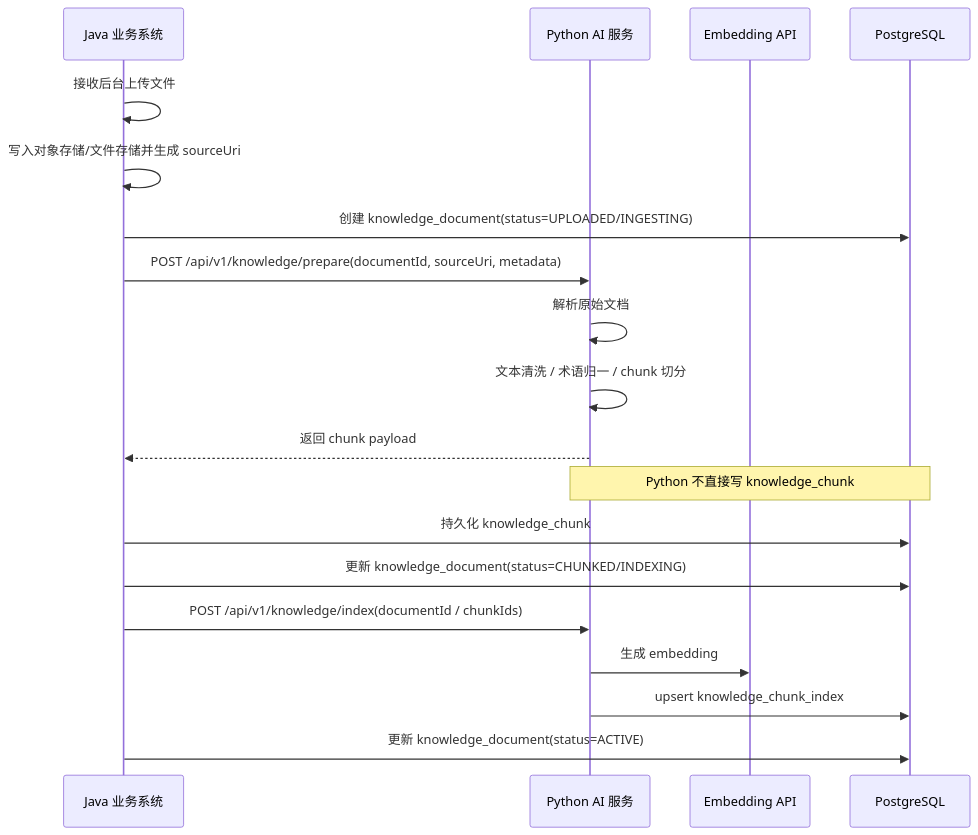
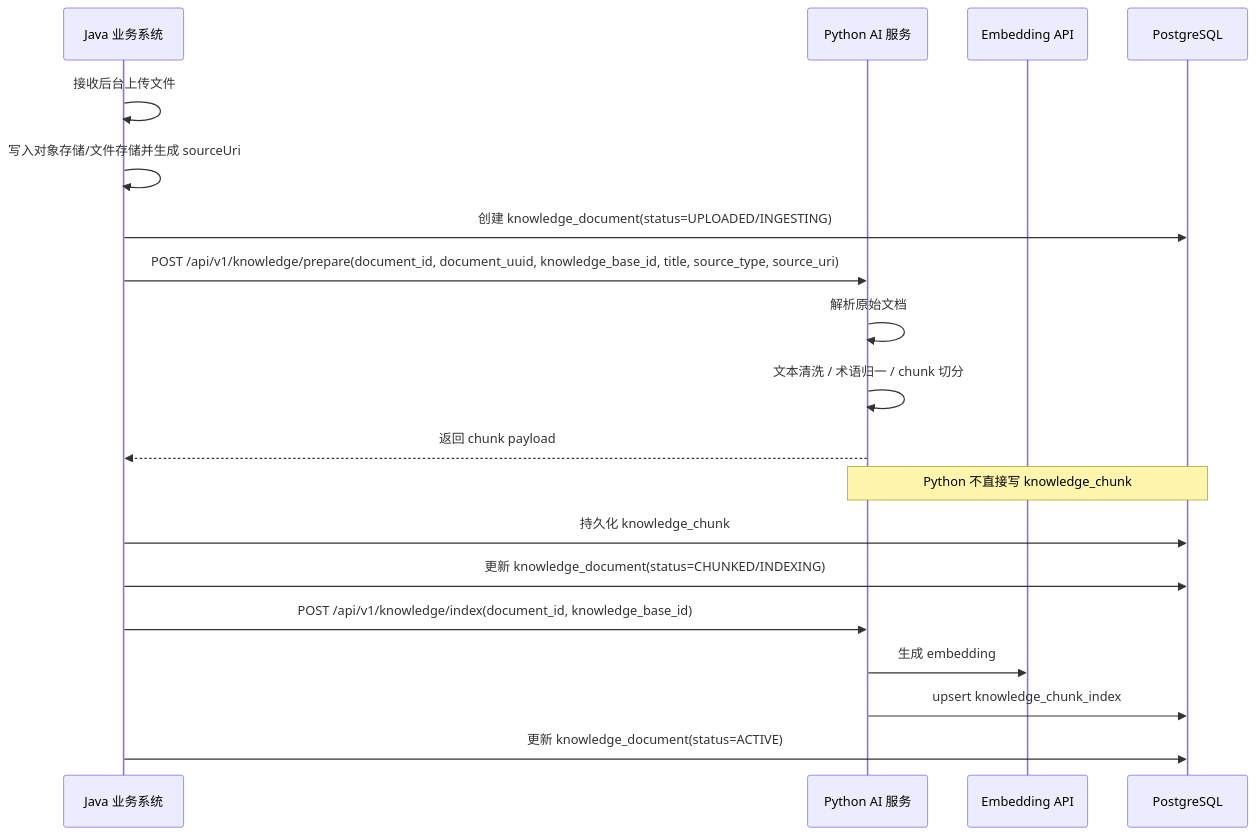
Before and after one commit to JianwenShaw/MediAskDocs: the second of 2 diagrams in docs/20-RAG_DATABASE_PGVECTOR_DESIGN.md, drawn with Mermaid. The commit also changed 1 other file, not shown here.

Commit message:
docs: sync python rag api docs

````diff
--- a/docs/20-RAG_DATABASE_PGVECTOR_DESIGN.md
+++ b/docs/20-RAG_DATABASE_PGVECTOR_DESIGN.md
@@ -369,22 +369,22 @@
 ```mermaid
 sequenceDiagram
     participant J as Java 业务系统
     participant P as Python AI 服务
     participant E as Embedding API
     participant PG as PostgreSQL
 
     J->>J: 接收后台上传文件
     J->>J: 写入对象存储/文件存储并生成 sourceUri
     J->>PG: 创建 knowledge_document(status=UPLOADED/INGESTING)
-    J->>P: POST /api/v1/knowledge/prepare(documentId, sourceUri, metadata)
+    J->>P: POST /api/v1/knowledge/prepare(document_id, document_uuid, knowledge_base_id, title, source_type, source_uri)
     P->>P: 解析原始文档
     P->>P: 文本清洗 / 术语归一 / chunk 切分
     P-->>J: 返回 chunk payload
     Note over P,PG: Python 不直接写 knowledge_chunk
     J->>PG: 持久化 knowledge_chunk
     J->>PG: 更新 knowledge_document(status=CHUNKED/INDEXING)
-    J->>P: POST /api/v1/knowledge/index(documentId / chunkIds)
+    J->>P: POST /api/v1/knowledge/index(document_id, knowledge_base_id)
     P->>E: 生成 embedding
     P->>PG: upsert knowledge_chunk_index
     J->>PG: 更新 knowledge_document(status=ACTIVE)
 ```
````
